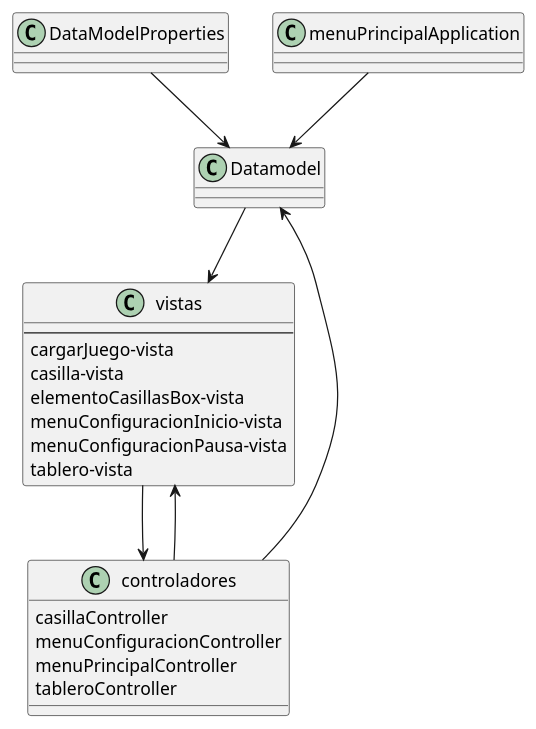
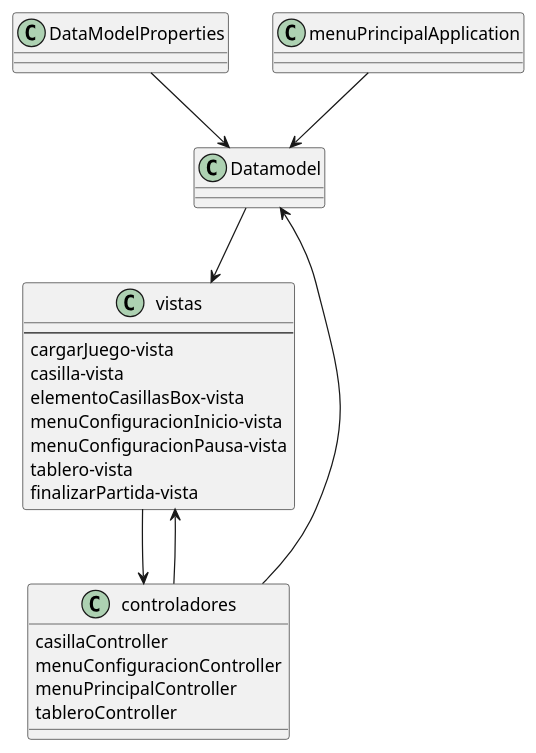
The diagram in UML/MVC.puml (jeivees/PracticaFinal), drawn with PlantUML before and after one commit. The commit also changed 3 other files, not shown here.

Commit message:
UML actualizado

```diff
--- a/UML/MVC.puml
+++ b/UML/MVC.puml
@@ -1,28 +1,29 @@
 @startuml
 'https://plantuml.com/use-case-diagram
 
 class Datamodel{}
 class DataModelProperties{}
 class vistas{
     --
     cargarJuego-vista
     casilla-vista
     elementoCasillasBox-vista
     menuConfiguracionInicio-vista
     menuConfiguracionPausa-vista
     tablero-vista
+    finalizarPartida-vista
 }
 class controladores{
     casillaController
     menuConfiguracionController
     menuPrincipalController
     tableroController
 }
 class menuPrincipalApplication{}
 DataModelProperties-->Datamodel
 controladores-->Datamodel
 Datamodel-->vistas
 vistas-->controladores
 controladores-->vistas
 menuPrincipalApplication-->Datamodel
 @enduml
```
